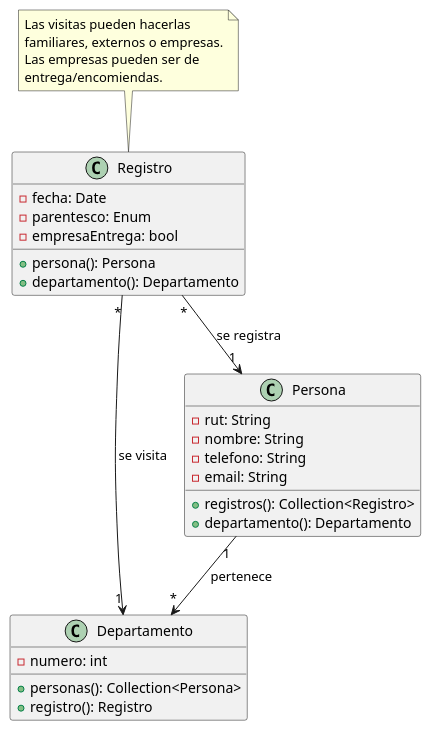
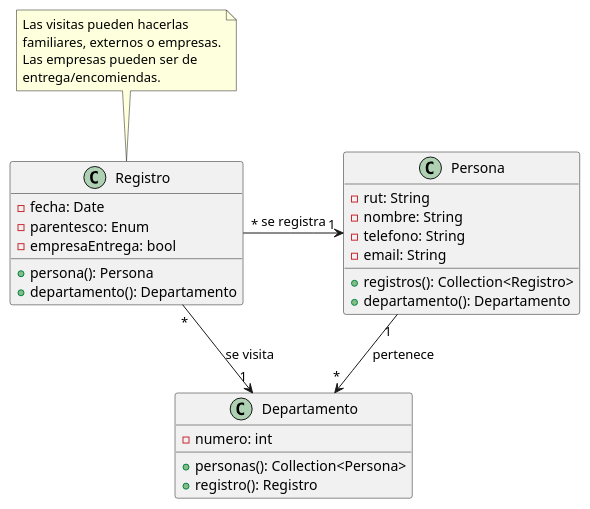
The diagram in backendweb/diagrama.clases.md (IgnacioNMiranda/concierge), drawn with PlantUML before and after one commit.

Commit message:
style: Aesthetic improvement to the class diagram

```diff
--- a/backendweb/diagrama.clases.md
+++ b/backendweb/diagrama.clases.md
@@ -3,30 +3,30 @@
 @startuml
 class Departamento {
     -numero: int
     +personas(): Collection<Persona>
     +registro(): Registro
 }
 
 class Persona {
     -rut: String
     -nombre: String
     -telefono: String
     -email: String
     +registros(): Collection<Registro>
     +departamento(): Departamento
 }
 
 class Registro {
     -fecha: Date
     -parentesco: Enum
     -empresaEntrega: bool
     +persona(): Persona
     +departamento(): Departamento
 }
 
 note top of Registro : Las visitas pueden hacerlas\nfamiliares, externos o empresas.\nLas empresas pueden ser de \nentrega/encomiendas.
 
 Persona "1" --> "*" Departamento : pertenece
 Registro "*" --> "1" Departamento : se visita
-Registro "*" --> "1" Persona : se registra
+Registro "*" -right-> "1" Persona : se registra
 @enduml
```
